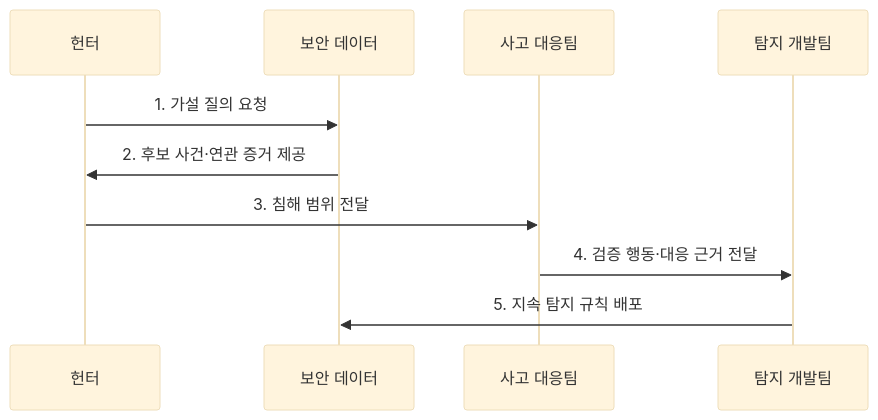
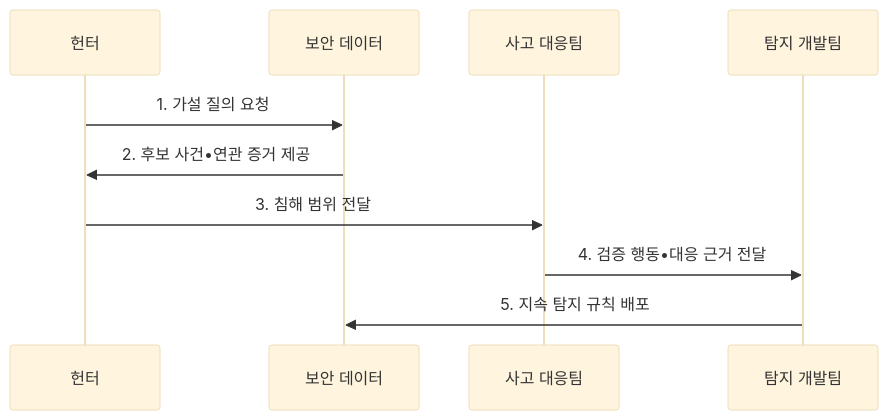
Before and after one commit to agnusdei1207/knowledge-base: the second of 2 diagrams in src/content/docs/notes/05-security/030_threat_hunting.md, drawn with Mermaid (base theme). The commit also changed other lines of this file and 953 other files, not shown here.

````diff
--- a/src/content/docs/notes/05-security/030_threat_hunting.md
+++ b/src/content/docs/notes/05-security/030_threat_hunting.md
@@ -103,12 +103,12 @@
 ```mermaid
 sequenceDiagram
     participant H as 헌터
     participant D as 보안 데이터
     participant I as 사고 대응팀
     participant A as 탐지 개발팀
     H->>D: 1. 가설 질의 요청
-    D->>H: 2. 후보 사건·연관 증거 제공
+    D->>H: 2. 후보 사건•연관 증거 제공
     H->>I: 3. 침해 범위 전달
-    I->>A: 4. 검증 행동·대응 근거 전달
+    I->>A: 4. 검증 행동•대응 근거 전달
     A->>D: 5. 지속 탐지 규칙 배포
 ```
````
